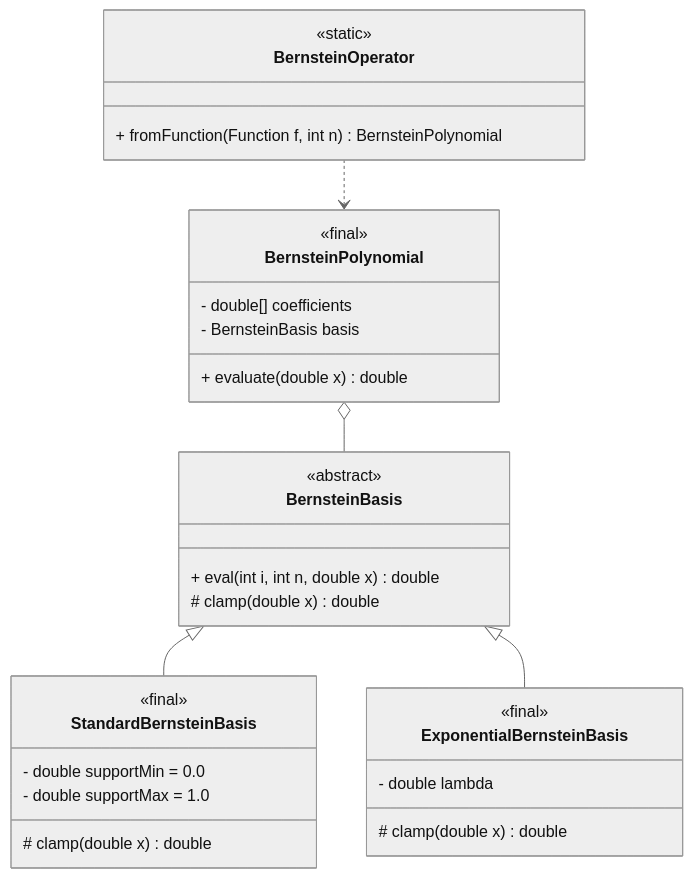
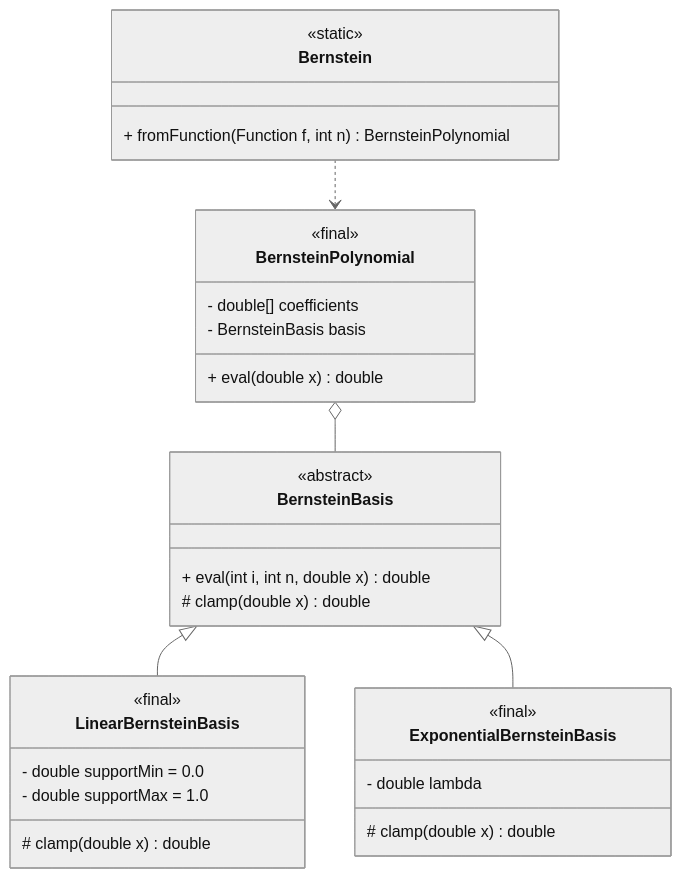
One commit to edoardosarri24/probabilistic-soft-real-time-analysis changed the diagram in report/images/2-bernstein/class_diagram.mmd. Above: the diagram before and after it, drawn with Mermaid (neutral theme). The commit also changed 11 other files, not shown here.

Commit message:
bernstein basis documentation

```diff
--- a/report/images/2-bernstein/class_diagram.mmd
+++ b/report/images/2-bernstein/class_diagram.mmd
@@ -1,40 +1,40 @@
 
 classDiagram
 
-    class BernsteinOperator {
+    class Bernstein {
         <<static>>
         + fromFunction(Function f, int n) BernsteinPolynomial
     }
 
     %% Domain classes
     class BernsteinPolynomial {
         <<final>>
         - double[] coefficients
         - BernsteinBasis basis
-        + evaluate(double x) double
+        + eval(double x) double
     }
 
     class BernsteinBasis {
         <<abstract>>
         + eval(int i, int n, double x) double
         # clamp(double x) double
     }
 
-    class StandardBernsteinBasis {
+    class LinearBernsteinBasis {
         <<final>>
         - double supportMin = 0.0
         - double supportMax = 1.0
         # clamp(double x) double
     }
 
     class ExponentialBernsteinBasis {
         <<final>>
         - double lambda
         # clamp(double x) double
     }
 
     %% Relations
     BernsteinPolynomial o-- BernsteinBasis
-    BernsteinBasis <|-- StandardBernsteinBasis
+    BernsteinBasis <|-- LinearBernsteinBasis
     BernsteinBasis <|-- ExponentialBernsteinBasis
-    BernsteinOperator ..> BernsteinPolynomial
+    Bernstein ..> BernsteinPolynomial
```
